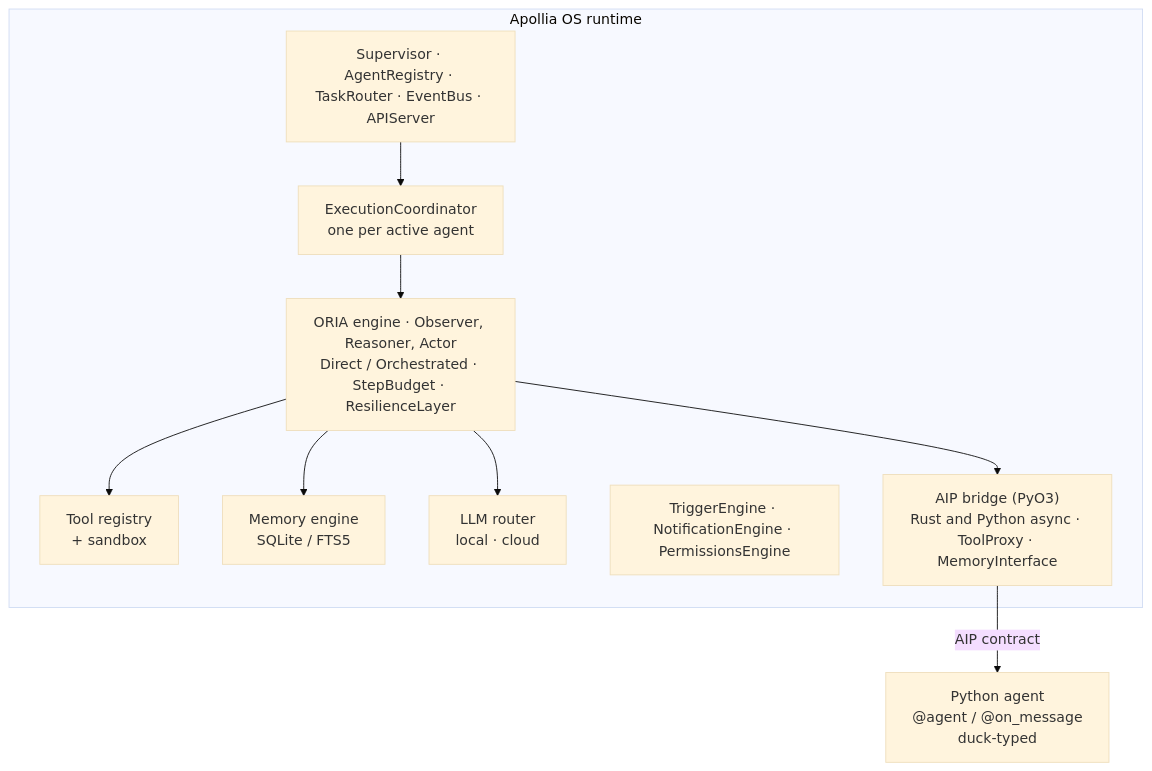
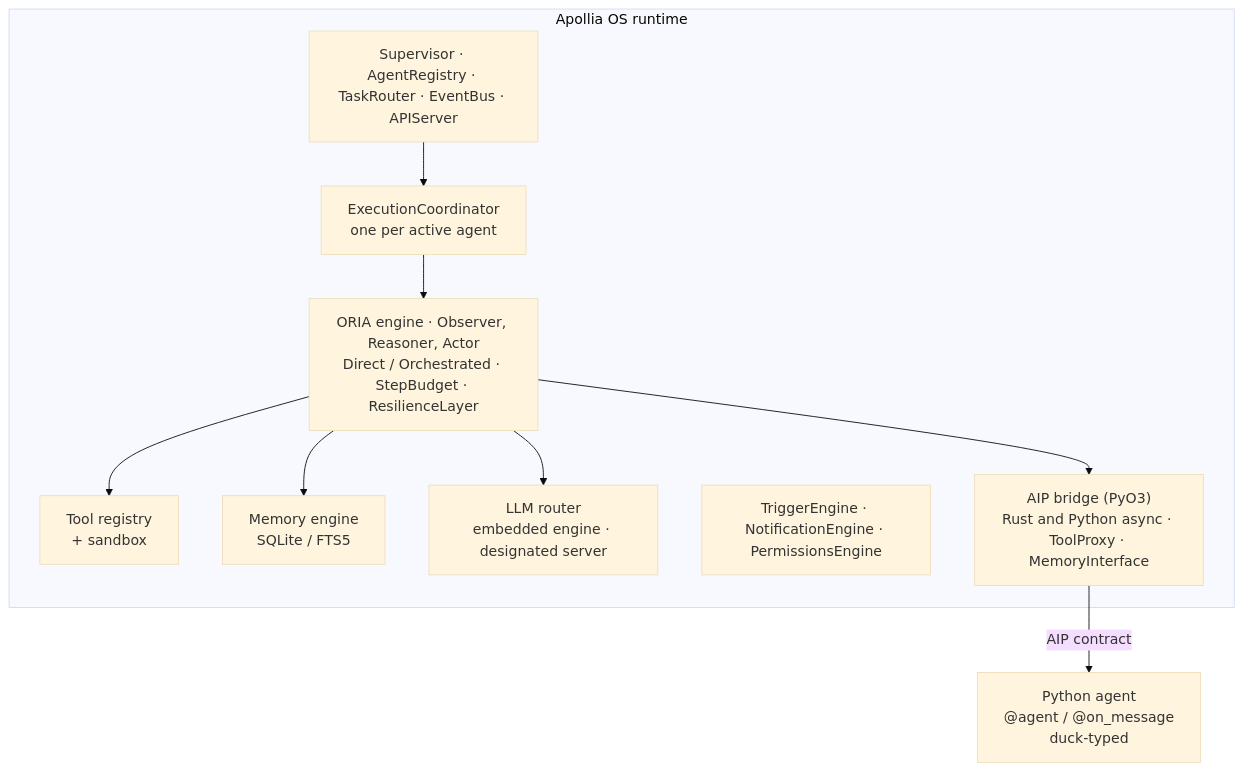
Before and after one commit to nidal-z/apollia-os: the diagram in README.md, drawn with Mermaid (base theme). The commit also changed other lines of this file and 23 other files, not shown here.

````diff
--- a/README.md
+++ b/README.md
@@ -148,21 +151,21 @@
 ```mermaid
 flowchart TB
     subgraph rt["Apollia OS runtime"]
         sup["Supervisor · AgentRegistry · TaskRouter · EventBus · APIServer"]
         coord["ExecutionCoordinator<br/>one per active agent"]
         oria["ORIA engine · Observer, Reasoner, Actor<br/>Direct / Orchestrated · StepBudget · ResilienceLayer"]
         tools["Tool registry<br/>+ sandbox"]
         mem["Memory engine<br/>SQLite / FTS5"]
-        llm["LLM router<br/>local · cloud"]
+        llm["LLM router<br/>embedded engine · designated server"]
         side["TriggerEngine · NotificationEngine · PermissionsEngine"]
         aip["AIP bridge (PyO3)<br/>Rust and Python async · ToolProxy · MemoryInterface"]
     end
     agent["Python agent<br/>@agent / @on_message<br/>duck-typed"]
 
     sup --> coord --> oria
     oria --> tools
     oria --> mem
     oria --> llm
     oria --> aip
     aip -- "AIP contract" --> agent
 ```
````
